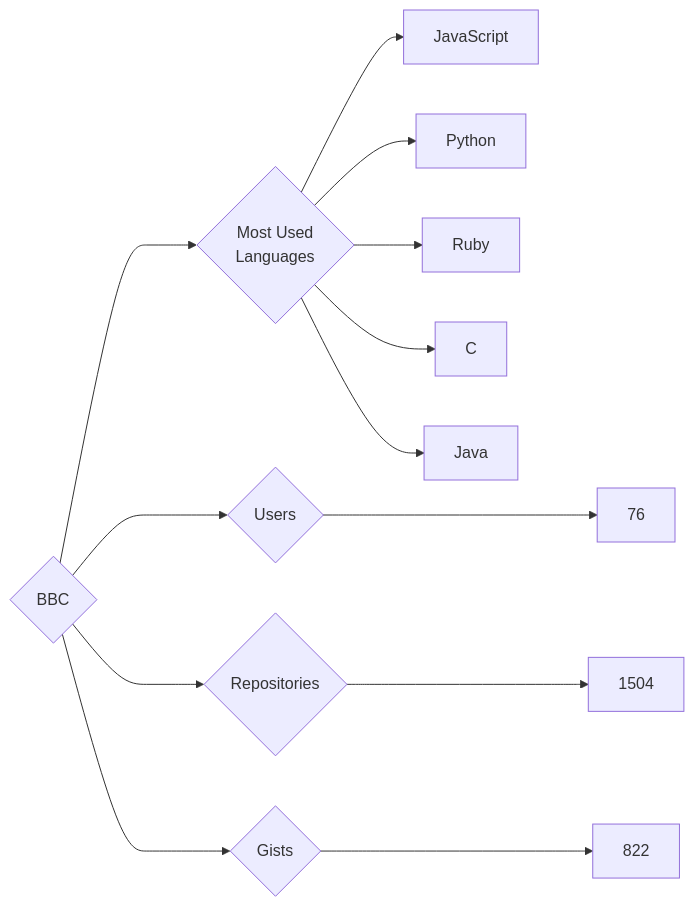
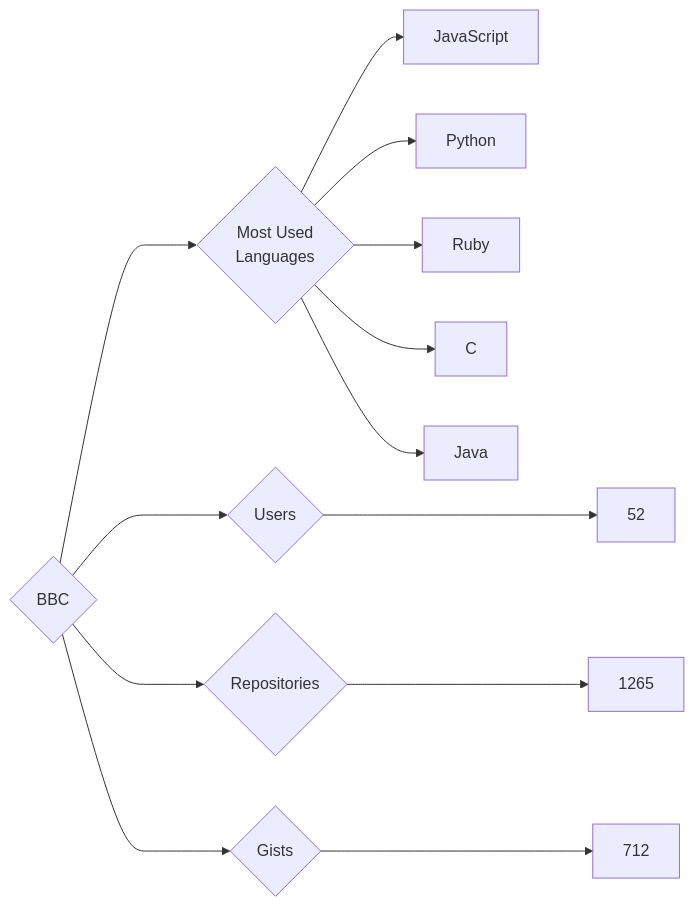
One commit to trickest/insiders changed the diagram in targets/BBC/README.md. Above: the diagram before and after it, drawn with Mermaid. The commit also changed 752 other files, not shown here.

````diff
--- a/targets/BBC/README.md
+++ b/targets/BBC/README.md
@@ -3,13 +3,13 @@
 ```mermaid
 graph LR
 COMPANY_NAME{BBC}
-COMPANY_NAME ---> U{Users} ---> UN[76]
-COMPANY_NAME ---> R{Repositories} ---> RN[1504]
-COMPANY_NAME ---> G{Gists} ---> GN[822]
+COMPANY_NAME ---> U{Users} ---> UN[52]
+COMPANY_NAME ---> R{Repositories} ---> RN[1265]
+COMPANY_NAME ---> G{Gists} ---> GN[712]
 COMPANY_NAME ---> ML{Most Used<br>Languages}
 ML --> JavaScript[JavaScript]
 ML --> Python[Python]
 ML --> Ruby[Ruby]
 ML --> C[C]
 ML --> Java[Java]
 ```
````
